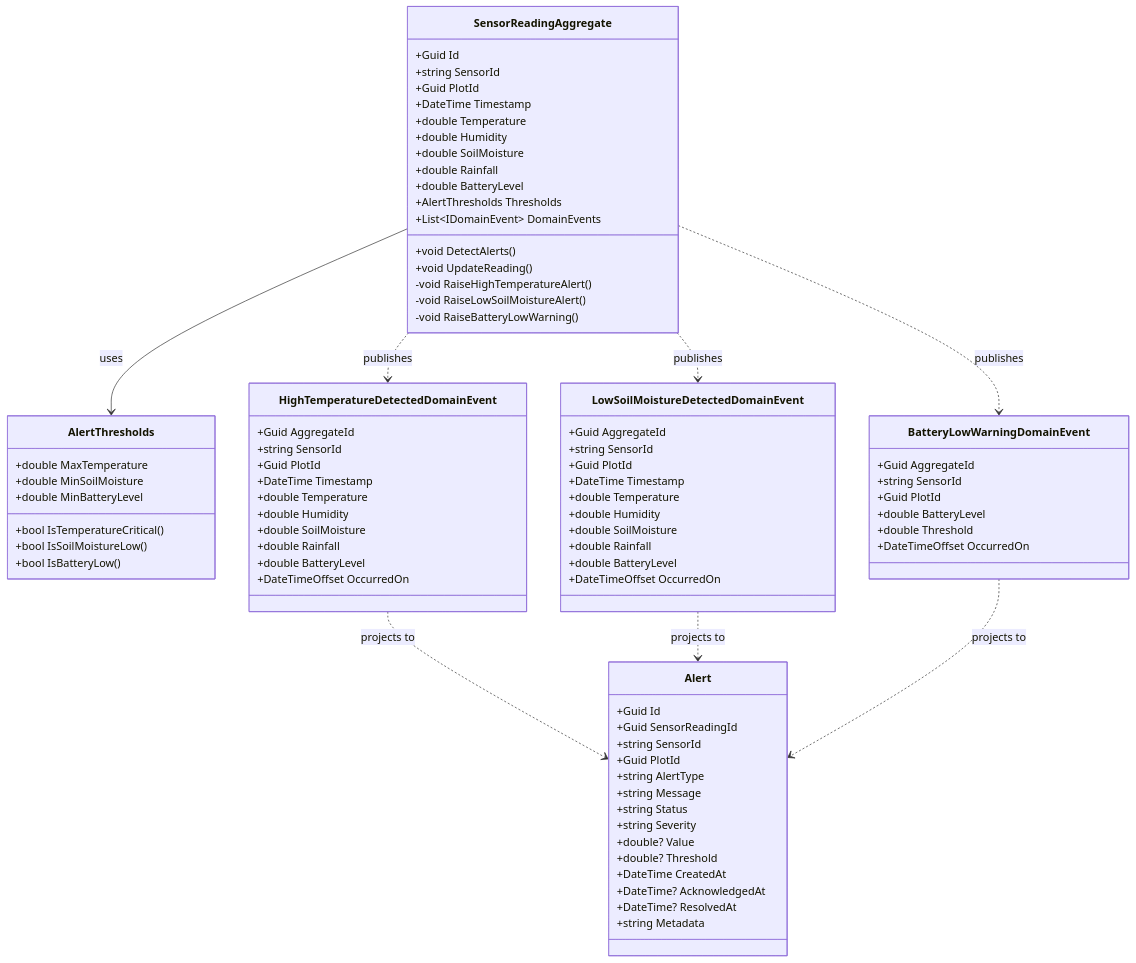
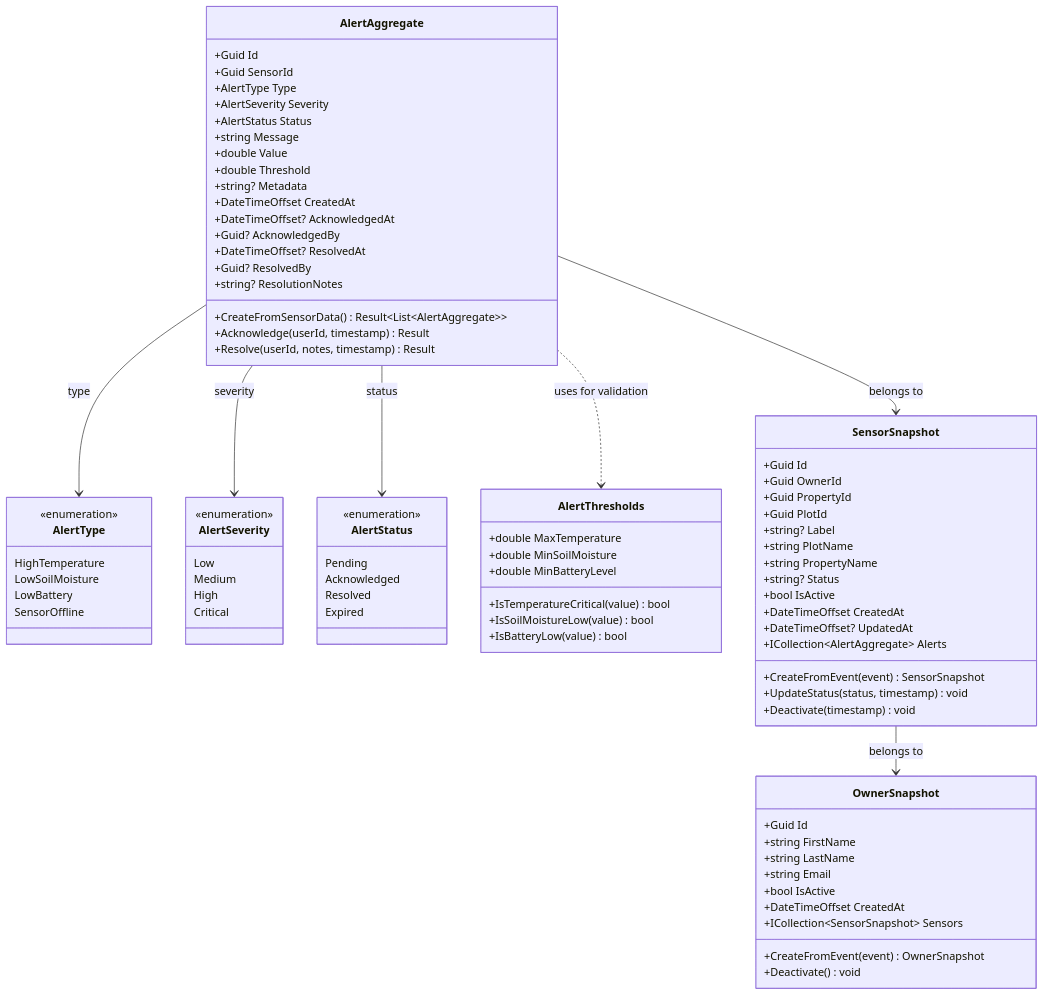
Before and after one commit to rdpresser/tc-agro-analytics-worker: the ninth of 12 diagrams in docs/C4_ARCHITECTURE_DIAGRAMS.md, drawn with Mermaid. The commit also changed other lines of this file and 7 other files, not shown here.

````diff
--- a/docs/C4_ARCHITECTURE_DIAGRAMS.md
+++ b/docs/C4_ARCHITECTURE_DIAGRAMS.md
@@ -442,91 +536,93 @@
 ```mermaid
 classDiagram
-    class SensorReadingAggregate {
+    class AlertAggregate {
         +Guid Id
-        +string SensorId
-        +Guid PlotId
-        +DateTime Timestamp
-        +double Temperature
-        +double Humidity
-        +double SoilMoisture
-        +double Rainfall
-        +double BatteryLevel
-        +AlertThresholds Thresholds
-        +List~IDomainEvent~ DomainEvents
-        +void DetectAlerts()
-        +void UpdateReading()
-        -void RaiseHighTemperatureAlert()
-        -void RaiseLowSoilMoistureAlert()
-        -void RaiseBatteryLowWarning()
+        +Guid SensorId
+        +AlertType Type
+        +AlertSeverity Severity
+        +AlertStatus Status
+        +string Message
+        +double Value
+        +double Threshold
+        +string? Metadata
+        +DateTimeOffset CreatedAt
+        +DateTimeOffset? AcknowledgedAt
+        +Guid? AcknowledgedBy
+        +DateTimeOffset? ResolvedAt
+        +Guid? ResolvedBy
+        +string? ResolutionNotes
+        +CreateFromSensorData() Result~List~AlertAggregate~~
+        +Acknowledge(userId, timestamp) Result
+        +Resolve(userId, notes, timestamp) Result
     }
-    
+
+    class AlertType {
+        <<enumeration>>
+        HighTemperature
+        LowSoilMoisture
+        LowBattery
+        SensorOffline
+    }
+
+    class AlertSeverity {
+        <<enumeration>>
+        Low
+        Medium
+        High
+        Critical
+    }
+
+    class AlertStatus {
+        <<enumeration>>
+        Pending
+        Acknowledged
+        Resolved
+        Expired
+    }
+
     class AlertThresholds {
         +double MaxTemperature
         +double MinSoilMoisture
         +double MinBatteryLevel
-        +bool IsTemperatureCritical()
-        +bool IsSoilMoistureLow()
-        +bool IsBatteryLow()
+        +IsTemperatureCritical(value) bool
+        +IsSoilMoistureLow(value) bool
+        +IsBatteryLow(value) bool
     }
-    
-    class Alert {
+
+    class SensorSnapshot {
         +Guid Id
-        +Guid SensorReadingId
-        +string SensorId
+        +Guid OwnerId
+        +Guid PropertyId
         +Guid PlotId
-        +string AlertType
-        +string Message
-        +string Status
-        +string Severity
-        +double? Value
-        +double? Threshold
-        +DateTime CreatedAt
-        +DateTime? AcknowledgedAt
-        +DateTime? ResolvedAt
-        +string Metadata
+        +string? Label
+        +string PlotName
+        +string PropertyName
+        +string? Status
+        +bool IsActive
+        +DateTimeOffset CreatedAt
+        +DateTimeOffset? UpdatedAt
+        +ICollection~AlertAggregate~ Alerts
+        +CreateFromEvent(event) SensorSnapshot
+        +UpdateStatus(status, timestamp) void
+        +Deactivate(timestamp) void
     }
-    
-    class HighTemperatureDetectedDomainEvent {
-        +Guid AggregateId
-        +string SensorId
-        +Guid PlotId
-        +DateTime Timestamp
-        +double Temperature
-        +double Humidity
-        +double SoilMoisture
-        +double Rainfall
-        +double BatteryLevel
-        +DateTimeOffset OccurredOn
+
+    class OwnerSnapshot {
+        +Guid Id
+        +string FirstName
+        +string LastName
+        +string Email
+        +bool IsActive
+        +DateTimeOffset CreatedAt
+        +ICollection~SensorSnapshot~ Sensors
+        +CreateFromEvent(event) OwnerSnapshot
+        +Deactivate() void
     }
-    
-    class LowSoilMoistureDetectedDomainEvent {
-        +Guid AggregateId
-        +string SensorId
-        +Guid PlotId
-        +DateTime Timestamp
-        +double Temperature
-        +double Humidity
-        +double SoilMoisture
-        +double Rainfall
-        +double BatteryLevel
-        +DateTimeOffset OccurredOn
-    }
-    
-    class BatteryLowWarningDomainEvent {
-        +Guid AggregateId
-        +string SensorId
-        +Guid PlotId
-        +double BatteryLevel
-        +double Threshold
-        +DateTimeOffset OccurredOn
-    }
-    
-    SensorReadingAggregate --> AlertThresholds : uses
-    SensorReadingAggregate ..> HighTemperatureDetectedDomainEvent : publishes
-    SensorReadingAggregate ..> LowSoilMoistureDetectedDomainEvent : publishes
-    SensorReadingAggregate ..> BatteryLowWarningDomainEvent : publishes
-    
-    HighTemperatureDetectedDomainEvent ..> Alert : projects to
-    LowSoilMoistureDetectedDomainEvent ..> Alert : projects to
-    BatteryLowWarningDomainEvent ..> Alert : projects to
+
+    AlertAggregate --> AlertType : type
+    AlertAggregate --> AlertSeverity : severity
+    AlertAggregate --> AlertStatus : status
+    AlertAggregate ..> AlertThresholds : uses for validation
+    AlertAggregate --> SensorSnapshot : belongs to
+    SensorSnapshot --> OwnerSnapshot : belongs to
 ```
````
